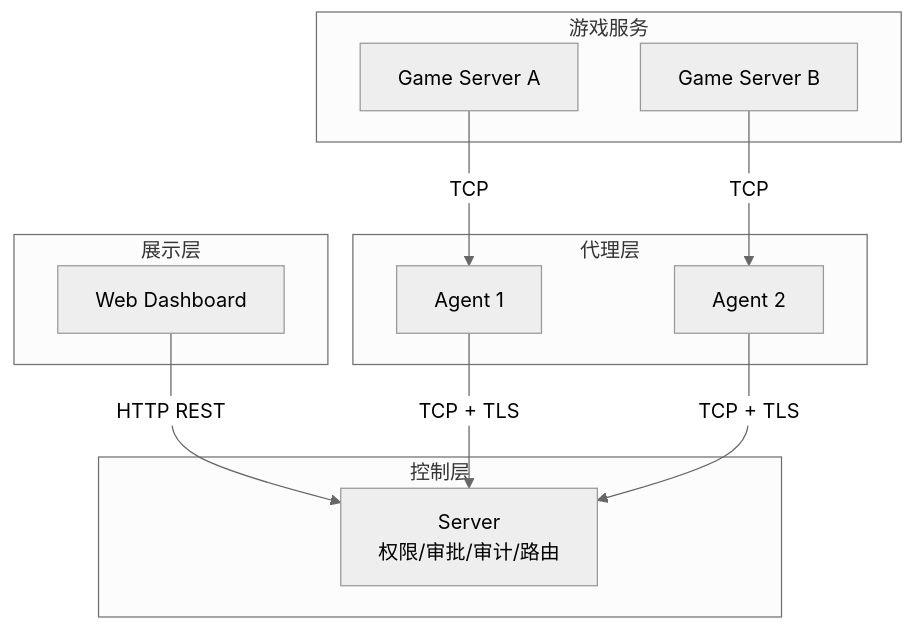
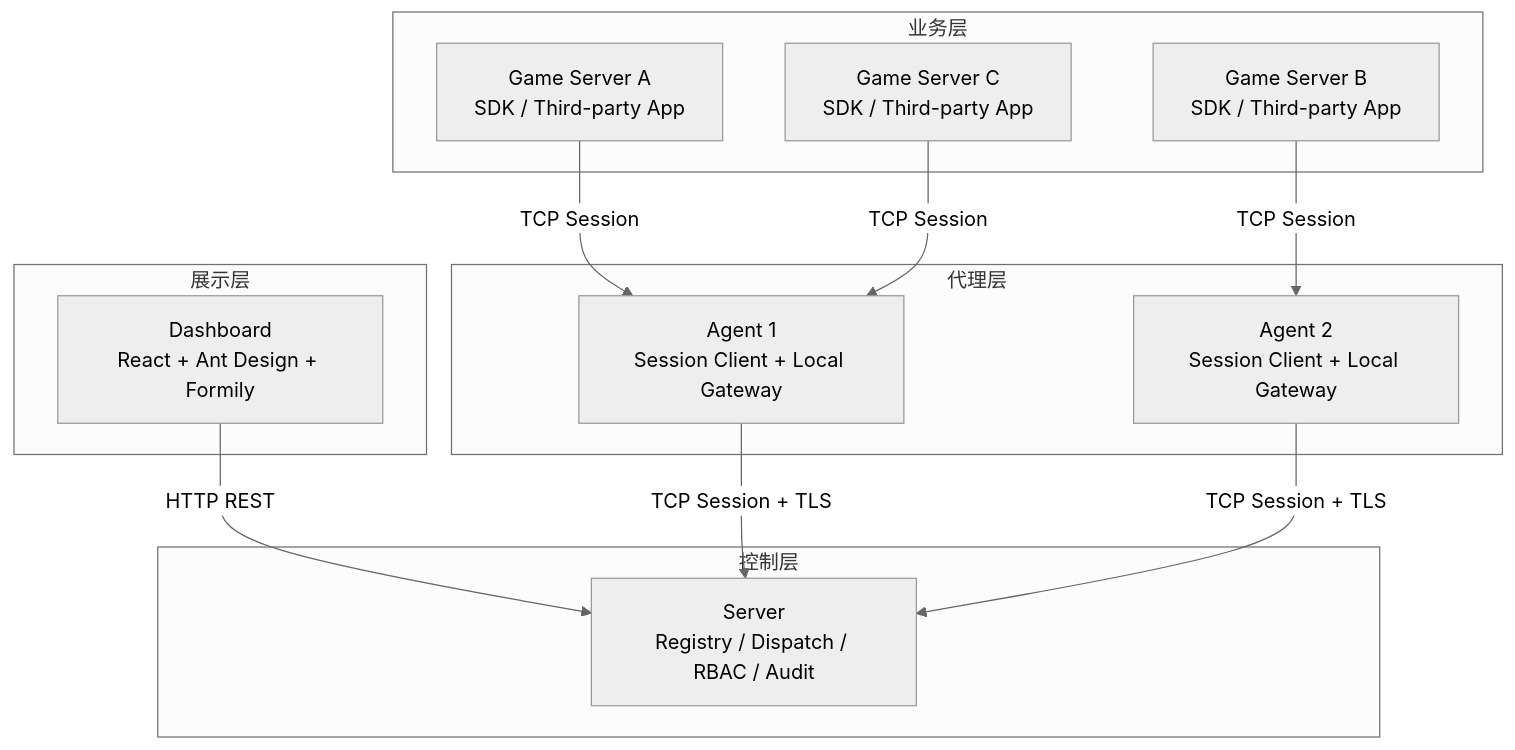
Before and after one commit to cuihairu/croupier: the diagram in docs/index.md, drawn with Mermaid (neutral theme). The commit also changed other lines of this file and 91 other files, not shown here.

````diff
--- a/docs/index.md
+++ b/docs/index.md
@@ -43,26 +41,28 @@
 ```mermaid
 graph TB
   subgraph "展示层"
-    Dashboard[Web Dashboard]
+    UI[Dashboard<br/>React + Ant Design + Formily]
   end
 
   subgraph "控制层"
-    Server[Server<br/>权限/审批/审计/路由]
+    Server[Server<br/>Registry / Dispatch / RBAC / Audit]
   end
 
   subgraph "代理层"
-    Agent1[Agent 1]
-    Agent2[Agent 2]
+    Agent1[Agent 1<br/>Session Client + Local Gateway]
+    Agent2[Agent 2<br/>Session Client + Local Gateway]
   end
 
-  subgraph "游戏服务"
-    GS1[Game Server A]
-    GS2[Game Server B]
+  subgraph "业务层"
+    GS1[Game Server A<br/>SDK / Third-party App]
+    GS2[Game Server B<br/>SDK / Third-party App]
+    GS3[Game Server C<br/>SDK / Third-party App]
   end
 
-  Dashboard -->|HTTP REST| Server
-  Agent1 -->|TCP + TLS| Server
-  Agent2 -->|TCP + TLS| Server
-  GS1 -->|TCP| Agent1
-  GS2 -->|TCP| Agent2
+  UI -->|HTTP REST| Server
+  Agent1 -->|TCP Session + TLS| Server
+  Agent2 -->|TCP Session + TLS| Server
+  GS1 -->|TCP Session| Agent1
+  GS2 -->|TCP Session| Agent2
+  GS3 -->|TCP Session| Agent1
 ```
````
